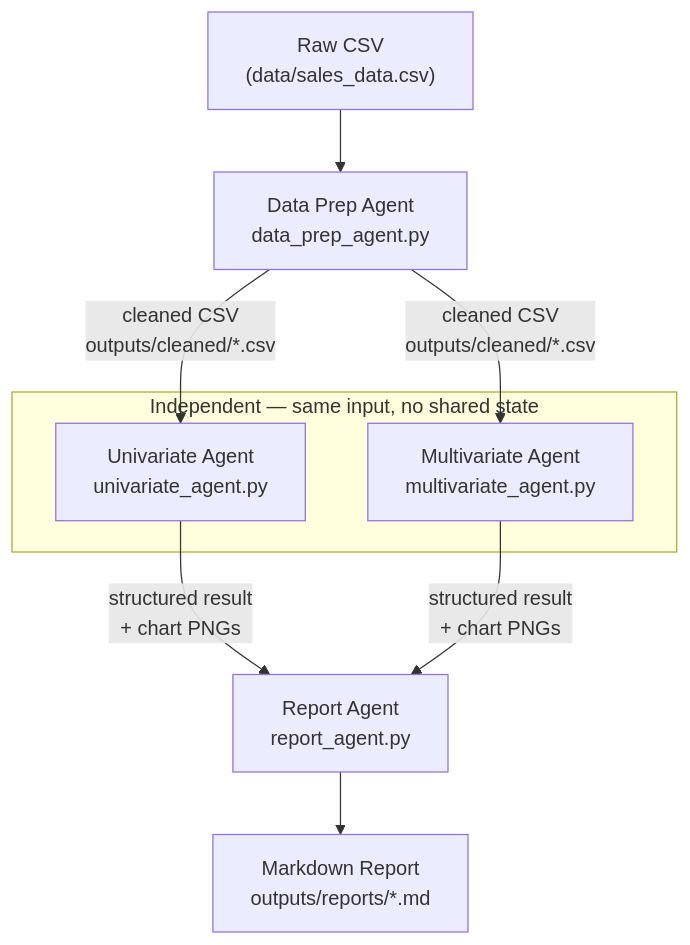
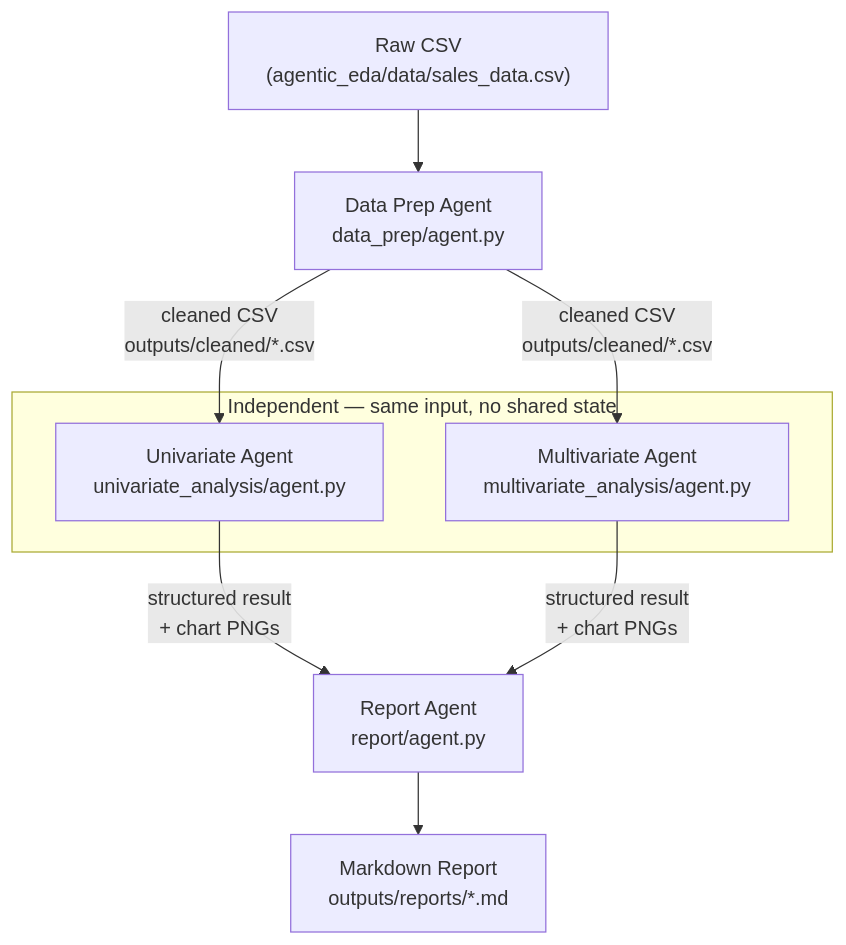
Before and after one commit to sreeharsha-rav/agentic-ai: the first of 2 diagrams in agentic_eda/ARCHITECTURE.md, drawn with Mermaid. The commit also changed other lines of this file and 2 other files, not shown here.

Commit message:
docs(agentic_eda): add project README and architecture documentation with .gitignore updates

````diff
--- a/agentic_eda/ARCHITECTURE.md
+++ b/agentic_eda/ARCHITECTURE.md
@@ -5,17 +5,17 @@
 ```mermaid
 flowchart TD
-    A["Raw CSV\n(data/sales_data.csv)"] --> B["Data Prep Agent\ndata_prep_agent.py"]
+    A["Raw CSV\n(agentic_eda/data/sales_data.csv)"] --> B["Data Prep Agent\ndata_prep/agent.py"]
 
-    B -->|"cleaned CSV\noutputs/cleaned/*.csv"| C["Univariate Agent\nunivariate_agent.py"]
-    B -->|"cleaned CSV\noutputs/cleaned/*.csv"| D["Multivariate Agent\nmultivariate_agent.py"]
+    B -->|"cleaned CSV\noutputs/cleaned/*.csv"| C["Univariate Agent\nunivariate_analysis/agent.py"]
+    B -->|"cleaned CSV\noutputs/cleaned/*.csv"| D["Multivariate Agent\nmultivariate_analysis/agent.py"]
 
-    C -->|"structured result\n+ chart PNGs"| E["Report Agent\nreport_agent.py"]
+    C -->|"structured result\n+ chart PNGs"| E["Report Agent\nreport/agent.py"]
     D -->|"structured result\n+ chart PNGs"| E
 
     E --> F["Markdown Report\noutputs/reports/*.md"]
 
     subgraph P [" Independent — same input, no shared state "]
         C
         D
     end
 ```
````
